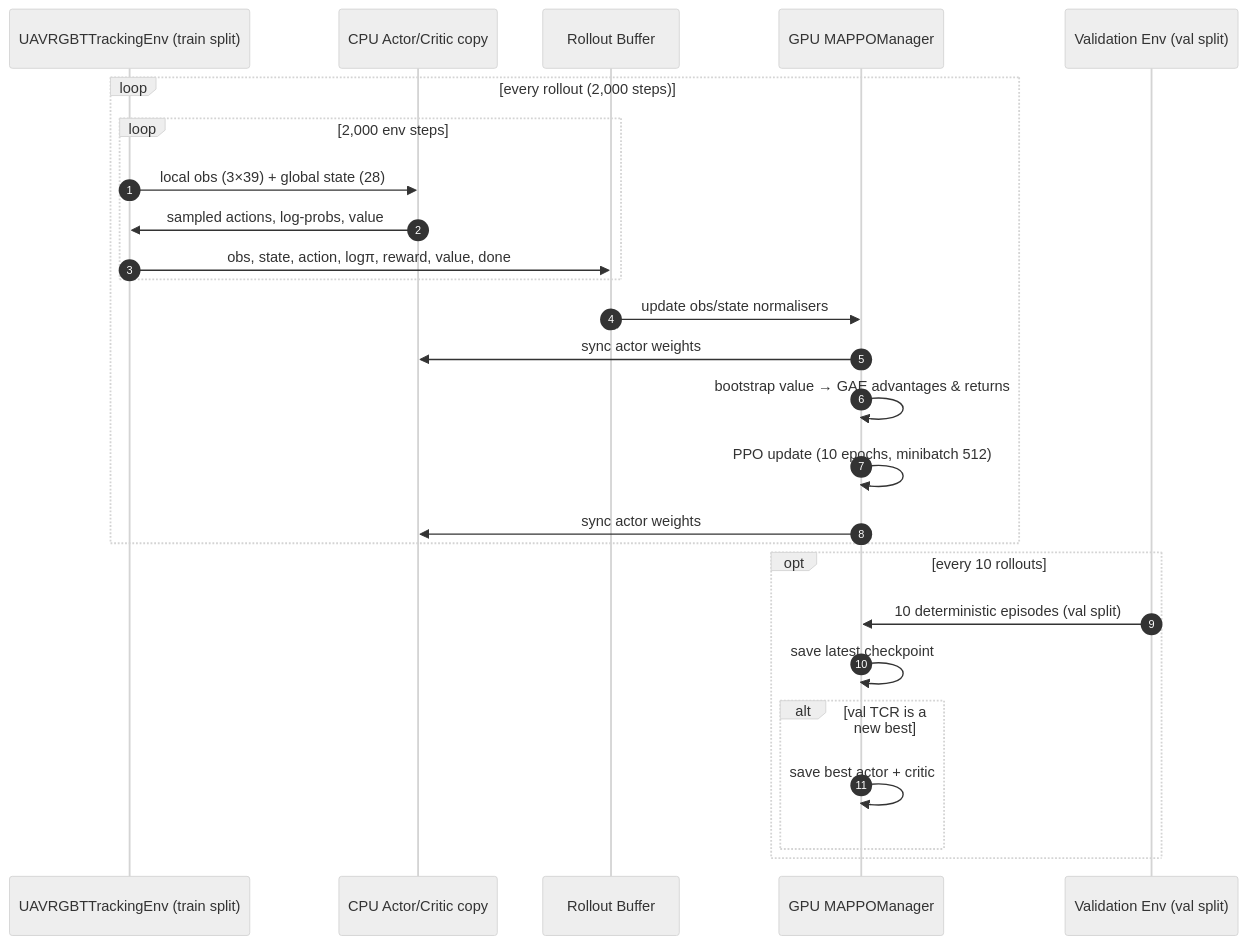
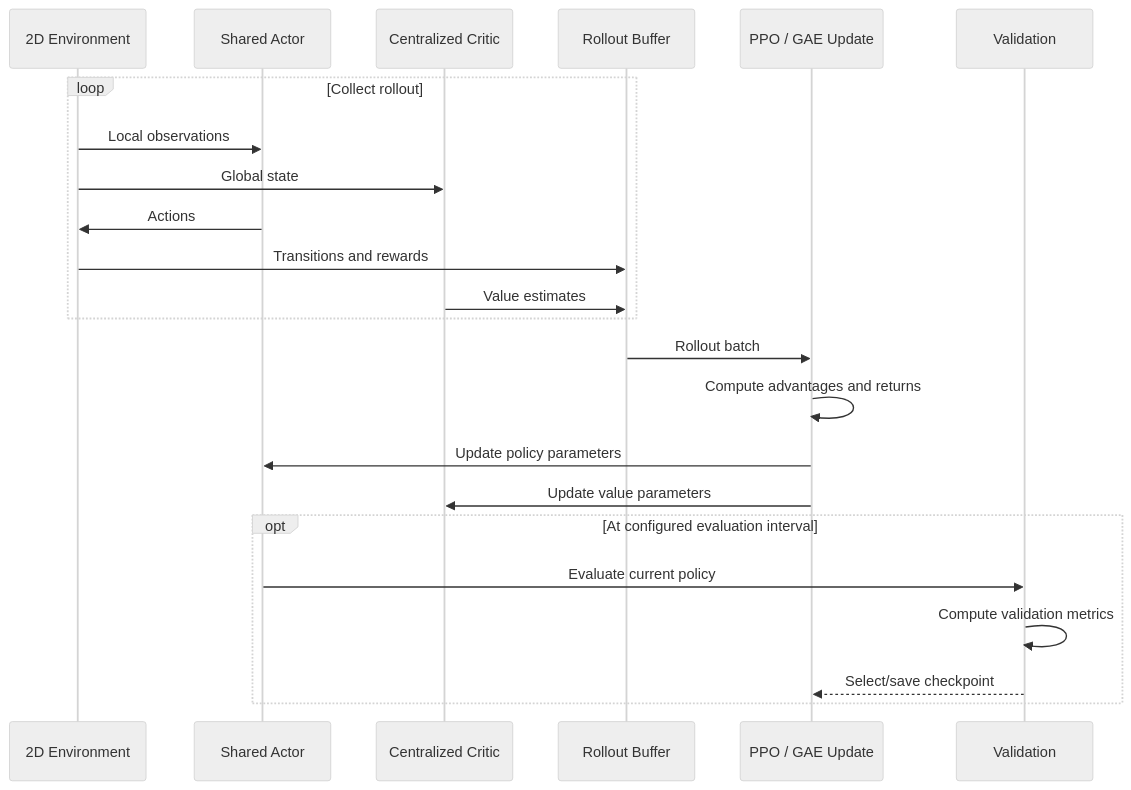
One commit to vVIBHORj/swarm-uav-tracking-mappo changed the eighth of 11 diagrams in Readme.md. Above: the diagram before and after it, drawn with Mermaid (neutral theme). The commit also changed other lines of this file, not shown here.

Commit message:
docs: update Readme.md with detailed project overview, diagrams, and benchmark analysis

````diff
--- a/Readme.md
+++ b/Readme.md
@@ -449,29 +356,26 @@
 ```mermaid
 sequenceDiagram
-    autonumber
-    participant ENV as UAVRGBTTrackingEnv (train split)
-    participant CPU as CPU Actor/Critic copy
-    participant BUF as Rollout Buffer
-    participant GPU as GPU MAPPOManager
-    participant VAL as Validation Env (val split)
+    participant E as 2D Environment
+    participant A as Shared Actor
+    participant C as Centralized Critic
+    participant B as Rollout Buffer
+    participant P as PPO / GAE Update
+    participant V as Validation
 
-    loop every rollout (2,000 steps)
-        loop 2,000 env steps
-            ENV->>CPU: local obs (3×39) + global state (28)
-            CPU->>ENV: sampled actions, log-probs, value
-            ENV->>BUF: obs, state, action, logπ, reward, value, done
-        end
-        BUF->>GPU: update obs/state normalisers
-        GPU->>CPU: sync actor weights
-        GPU->>GPU: bootstrap value → GAE advantages & returns
-        GPU->>GPU: PPO update (10 epochs, minibatch 512)
-        GPU->>CPU: sync actor weights
+    loop Collect rollout
+        E->>A: Local observations
+        E->>C: Global state
+        A->>E: Actions
+        E->>B: Transitions and rewards
+        C->>B: Value estimates
     end
-    opt every 10 rollouts
-        VAL->>GPU: 10 deterministic episodes (val split)
-        GPU->>GPU: save latest checkpoint
-        alt val TCR is a new best
-            GPU->>GPU: save best actor + critic
-        end
+    B->>P: Rollout batch
+    P->>P: Compute advantages and returns
+    P->>A: Update policy parameters
+    P->>C: Update value parameters
+    opt At configured evaluation interval
+        A->>V: Evaluate current policy
+        V->>V: Compute validation metrics
+        V-->>P: Select/save checkpoint
     end
 ```
````
